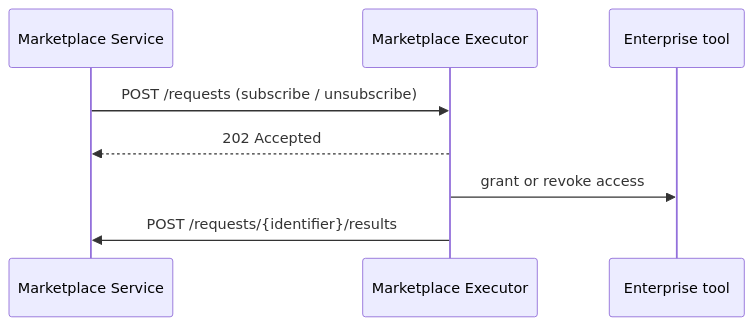
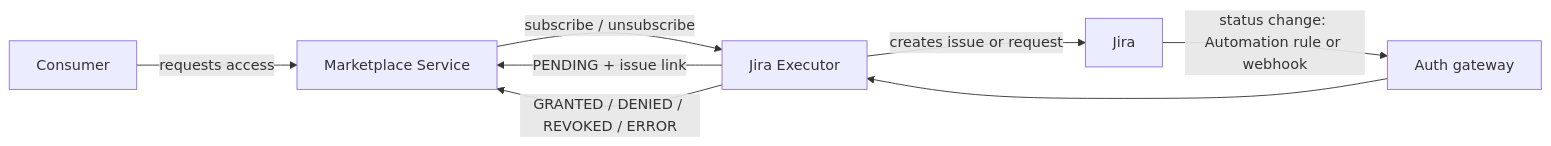
Before and after one commit to opendatamesh-initiative/odm-platform-adapter-marketplace-executor-jira: the diagram in README.md, drawn with Mermaid. The commit also changed other lines of this file and 96 other files, not shown here.

````diff
--- a/README.md
+++ b/README.md
@@ -33,10 +51,10 @@
 ```mermaid
-sequenceDiagram
-  participant M as Marketplace Service
-  participant E as Marketplace Executor
-  participant T as Enterprise tool
-  M->>E: POST /requests (subscribe / unsubscribe)
-  E-->>M: 202 Accepted
-  E->>T: grant or revoke access
-  E->>M: POST /requests/{identifier}/results
+flowchart LR
+  C[Consumer] -->|requests access| M[Marketplace Service]
+  M -->|subscribe / unsubscribe| E[Jira Executor]
+  E -->|creates issue or request| J[Jira]
+  E -->|PENDING + issue link| M
+  J -->|status change: Automation rule or webhook| A[Auth gateway]
+  A --> E
+  E -->|GRANTED / DENIED / REVOKED / ERROR| M
 ```
````
